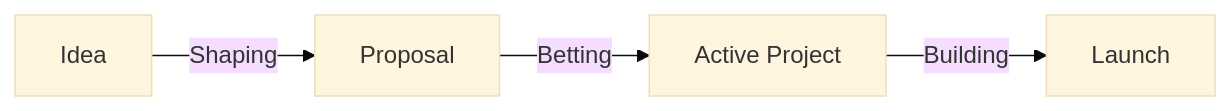
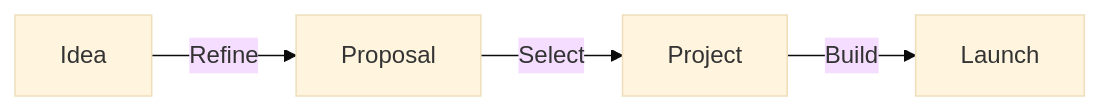
One commit to tembo-io/handbook changed the diagram in README.md. Above: the diagram before and after it, drawn with Mermaid (base theme).

````diff
--- a/README.md
+++ b/README.md
@@ -11,6 +11,6 @@
 ```mermaid
 flowchart LR
-    A[Idea] -->|Shaping| B[Proposal]
-    B -->|Betting| C[Active Project]
-    C -->|Building| D[Launch]
+    A[Idea] -->|Refine| B[Proposal]
+    B -->|Select| C[Project]
+    C -->|Build| D[Launch]
 ```
````
